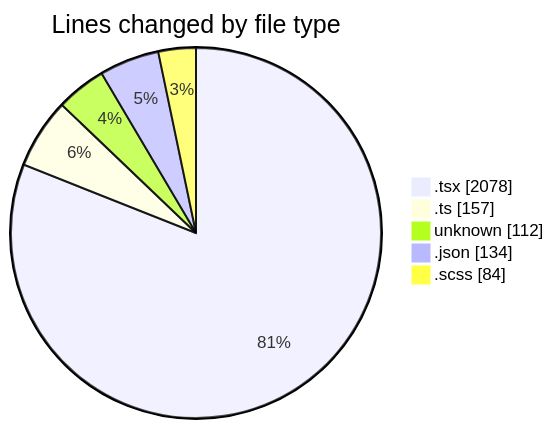
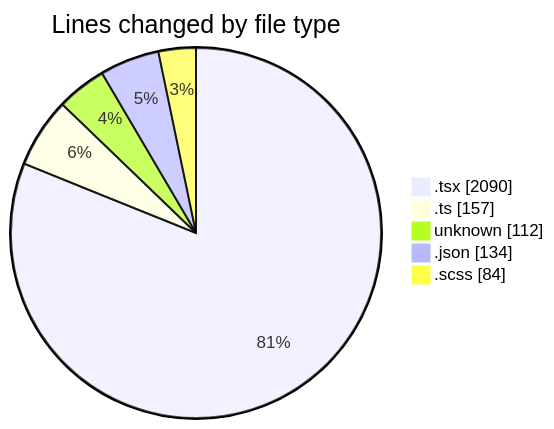
One commit to momahboobian/code-tracking changed the first of 2 diagrams in 2026-04-28/cda/README.md. Above: the diagram before and after it, drawn with Mermaid. The commit also changed other lines of this file and 1 other file, not shown here.

````diff
--- a/2026-04-28/cda/README.md
+++ b/2026-04-28/cda/README.md
@@ -45,9 +45,9 @@
 ```mermaid
 pie showData
 title Lines changed by file type
-".tsx" : 2078
+".tsx" : 2090
 ".ts" : 157
 "unknown" : 112
 ".json" : 134
 ".scss" : 84
 ```
````
